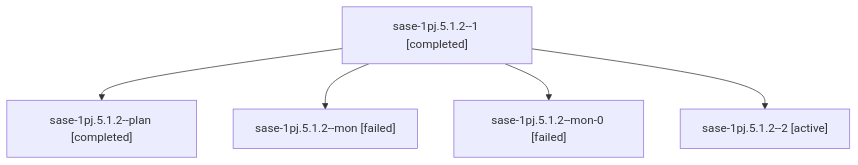
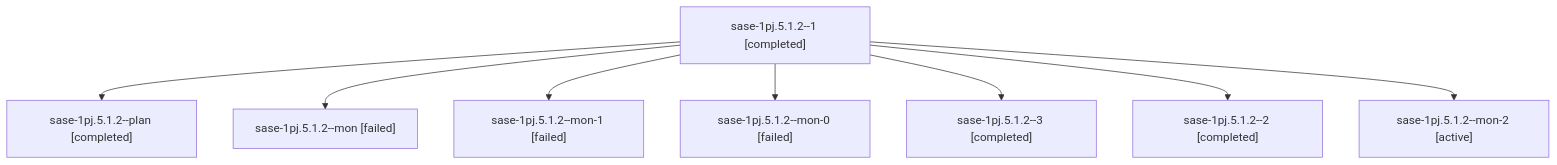
One commit to sase-org/sase--agents changed the diagram in sessions/bbugyi200.athena.sase-1pj.5.1.2.md. Above: the diagram before and after it, drawn with Mermaid. The commit also changed other lines of this file and 274 other files, not shown here.

````diff
--- a/sessions/bbugyi200.athena.sase-1pj.5.1.2.md
+++ b/sessions/bbugyi200.athena.sase-1pj.5.1.2.md
@@ -9,12 +9,18 @@
 ```mermaid
 flowchart TD
   n0["sase-1pj.5.1.2--1 [completed]"]
   n1["sase-1pj.5.1.2--plan [completed]"]
   n0 --> n1
   n2["sase-1pj.5.1.2--mon [failed]"]
   n0 --> n2
-  n3["sase-1pj.5.1.2--mon-0 [failed]"]
+  n3["sase-1pj.5.1.2--mon-1 [failed]"]
   n0 --> n3
-  n4["sase-1pj.5.1.2--2 [active]"]
+  n4["sase-1pj.5.1.2--mon-0 [failed]"]
   n0 --> n4
+  n5["sase-1pj.5.1.2--3 [completed]"]
+  n0 --> n5
+  n6["sase-1pj.5.1.2--2 [completed]"]
+  n0 --> n6
+  n7["sase-1pj.5.1.2--mon-2 [active]"]
+  n0 --> n7
 ```
````
